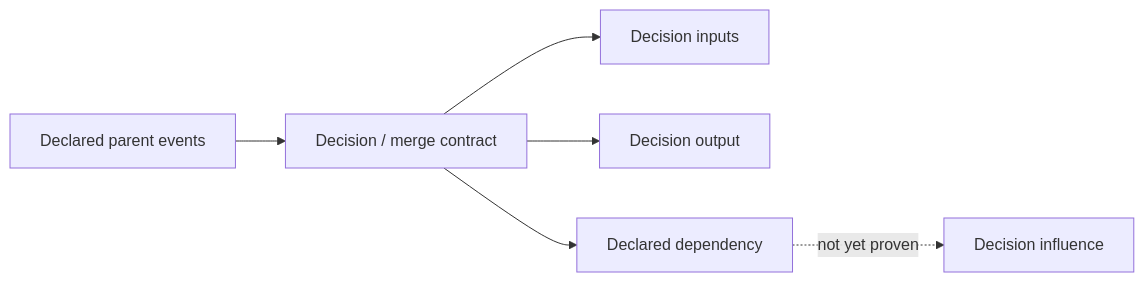
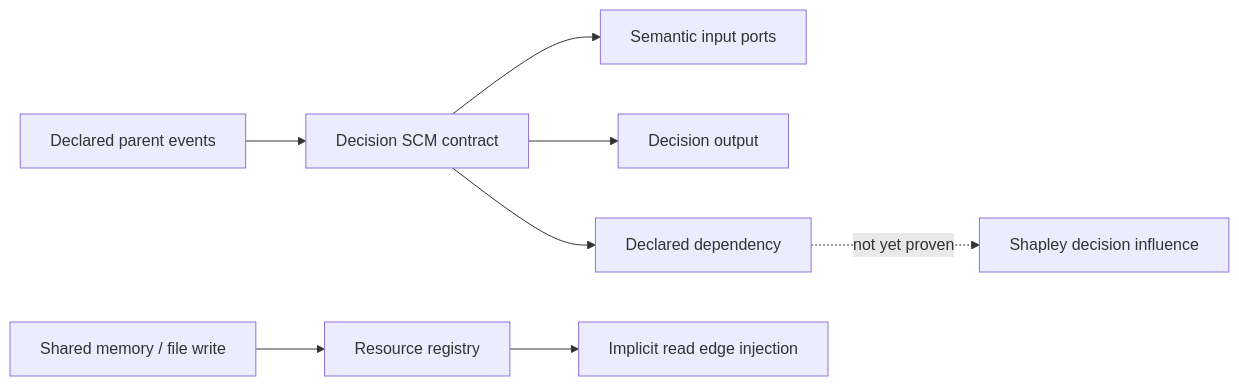
The third of 8 diagrams in docs/implementation-plan.md (Psionic-labs/Agent-Casuality), drawn with Mermaid before and after one commit. The commit also changed other lines of this file and 2 other files, not shown here.

````diff
--- a/docs/implementation-plan.md
+++ b/docs/implementation-plan.md
@@ -313,8 +313,10 @@
 ```mermaid
 flowchart LR
-    A[Declared parent events] --> B[Decision / merge contract]
-    B --> C[Decision inputs]
+    A[Declared parent events] --> B[Decision SCM contract]
+    B --> C[Semantic input ports]
     B --> D[Decision output]
     B --> E[Declared dependency]
-    E -. not yet proven .-> F[Decision influence]
+    E -. not yet proven .-> F[Shapley decision influence]
+    M[Shared memory / file write] --> R[Resource registry]
+    R --> S[Implicit read edge injection]
 ```
````
